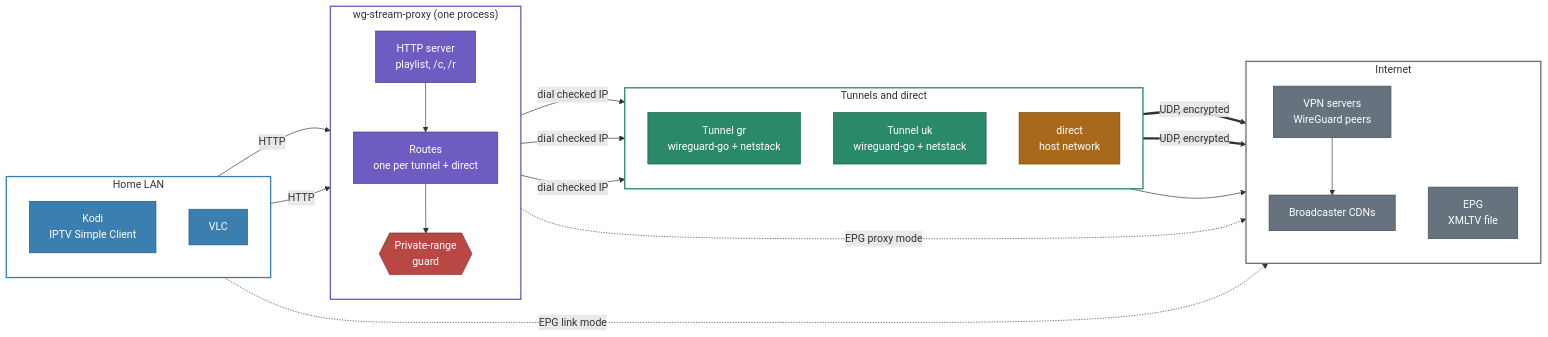
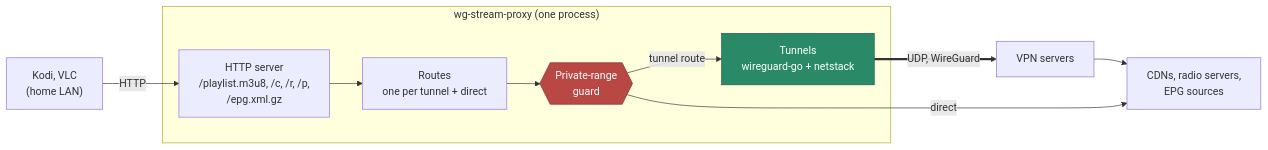
One commit to KingOfKalk/wg-stream-proxy changed the first of 5 diagrams in docs/architecture.md. Above: the diagram before and after it, drawn with Mermaid. The commit also changed other lines of this file and 14 other files, not shown here.

````diff
--- a/docs/architecture.md
+++ b/docs/architecture.md
@@ -65,46 +13,19 @@
 ```mermaid
 flowchart LR
-    subgraph lan["Home LAN"]
-        direction TB
-        kodi["Kodi<br/>IPTV Simple Client"]:::lan
-        vlc["VLC"]:::lan
+    players["Kodi, VLC<br/>(home LAN)"]
+    subgraph proxy["wg-stream-proxy (one process)"]
+        srv["HTTP server<br/>/playlist.m3u8, /c, /r, /p,<br/>/epg.xml.gz"]
+        routes["Routes<br/>one per tunnel + direct"]
+        guard{{"Private-range<br/>guard"}}:::guard
+        tun["Tunnels<br/>wireguard-go + netstack"]:::tunnel
     end
-    subgraph proxy["wg-stream-proxy (one process)"]
-        direction TB
-        srv["HTTP server<br/>playlist, /c, /r"]:::proxy
-        routes["Routes<br/>one per tunnel + direct"]:::proxy
-        guard{{"Private-range<br/>guard"}}:::guard
-    end
-    subgraph nets["Tunnels and direct"]
-        direction TB
-        gr["Tunnel gr<br/>wireguard-go + netstack"]:::tunnel
-        uk["Tunnel uk<br/>wireguard-go + netstack"]:::tunnel
-        direct["direct<br/>host network"]:::direct
-    end
-    subgraph inet["Internet"]
-        direction TB
-        vpn["VPN servers<br/>WireGuard peers"]:::inet
-        cdn["Broadcaster CDNs"]:::inet
-        epg["EPG<br/>XMLTV file"]:::inet
-    end
+    vpn["VPN servers"]
+    up["CDNs, radio servers,<br/>EPG sources"]
 
-    kodi & vlc -- "HTTP" --> srv
-    srv --> routes --> guard
-    guard -- "dial checked IP" --> gr & uk & direct
-    gr & uk == "UDP, encrypted" ==> vpn
-    vpn --> cdn
-    direct --> cdn
-    kodi -. "EPG link mode" .-> epg
-    routes -. "EPG proxy mode" .-> epg
+    players -- "HTTP" --> srv --> routes --> guard
+    guard -- "tunnel route" --> tun == "UDP, WireGuard" ==> vpn --> up
+    guard -- "direct" --> up
 
-    classDef lan fill:#3b7fb0,stroke:#24577d,color:#ffffff
-    classDef proxy fill:#6f5cc2,stroke:#46398a,color:#ffffff
     classDef tunnel fill:#2a8a68,stroke:#1a5e46,color:#ffffff
-    classDef direct fill:#a86a1a,stroke:#6e4511,color:#ffffff
-    classDef inet fill:#66727e,stroke:#3f4851,color:#ffffff
     classDef guard fill:#b94845,stroke:#7a2c2a,color:#ffffff
-    style lan fill:none,stroke:#3b7fb0,stroke-width:2px
-    style proxy fill:none,stroke:#6f5cc2,stroke-width:2px
-    style nets fill:none,stroke:#2a8a68,stroke-width:2px
-    style inet fill:none,stroke:#66727e,stroke-width:2px
 ```
````
